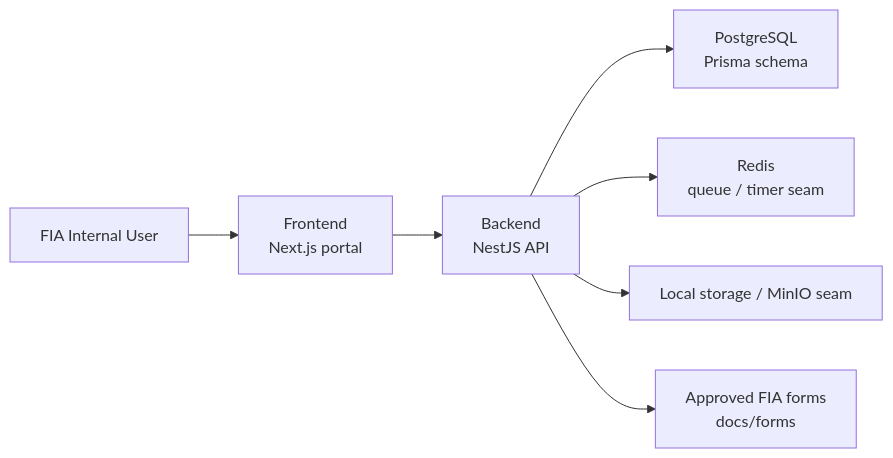
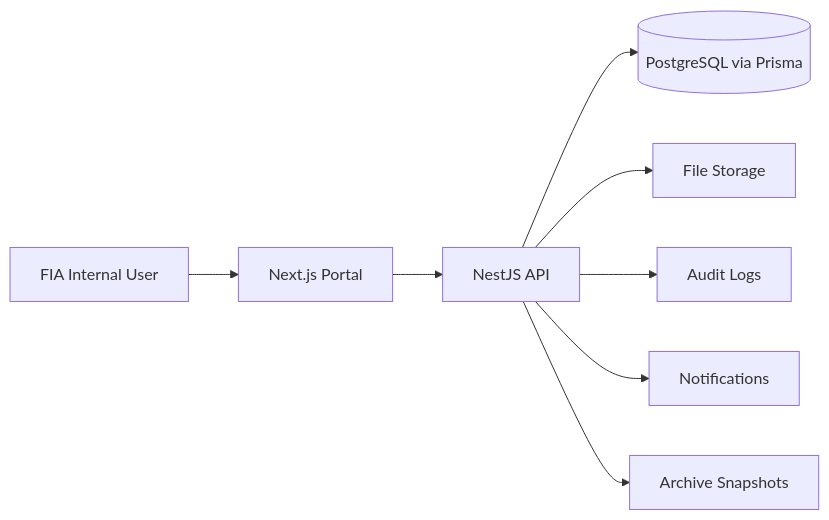
One commit to Aliktk/smart-acr changed the second of 6 diagrams in README.md. Above: the diagram before and after it, drawn with Mermaid. The commit also changed other lines of this file and 73 other files, not shown here.

````diff
--- a/README.md
+++ b/README.md
@@ -61,9 +137,10 @@
 ```mermaid
 flowchart LR
-    User["FIA Internal User"] --> Frontend["Frontend<br/>Next.js portal"]
-    Frontend --> Backend["Backend<br/>NestJS API"]
-    Backend --> Postgres["PostgreSQL<br/>Prisma schema"]
-    Backend --> Redis["Redis<br/>queue / timer seam"]
-    Backend --> Storage["Local storage / MinIO seam"]
-    Backend --> Forms["Approved FIA forms<br/>docs/forms"]
+    User[FIA Internal User] --> Frontend[Next.js Portal]
+    Frontend --> API[NestJS API]
+    API --> DB[(PostgreSQL via Prisma)]
+    API --> Storage[File Storage]
+    API --> Audit[Audit Logs]
+    API --> Notify[Notifications]
+    API --> Archive[Archive Snapshots]
 ```
````
